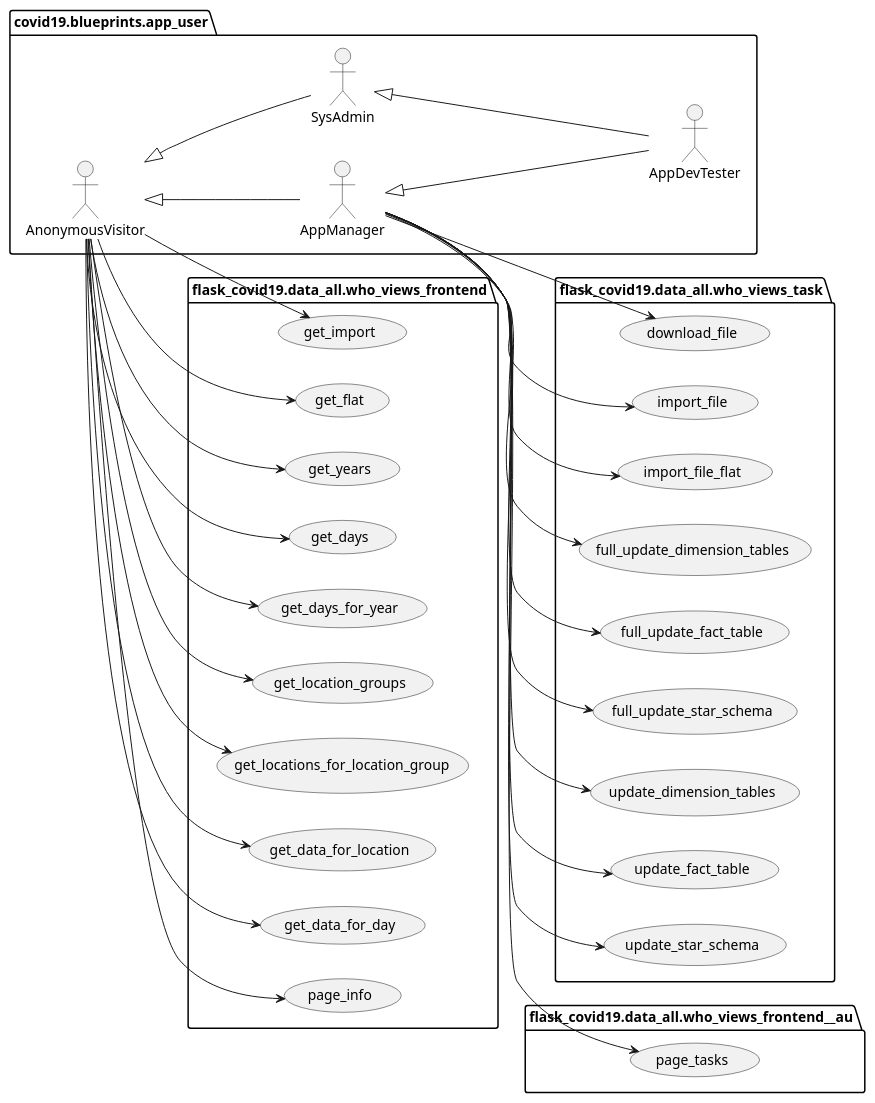
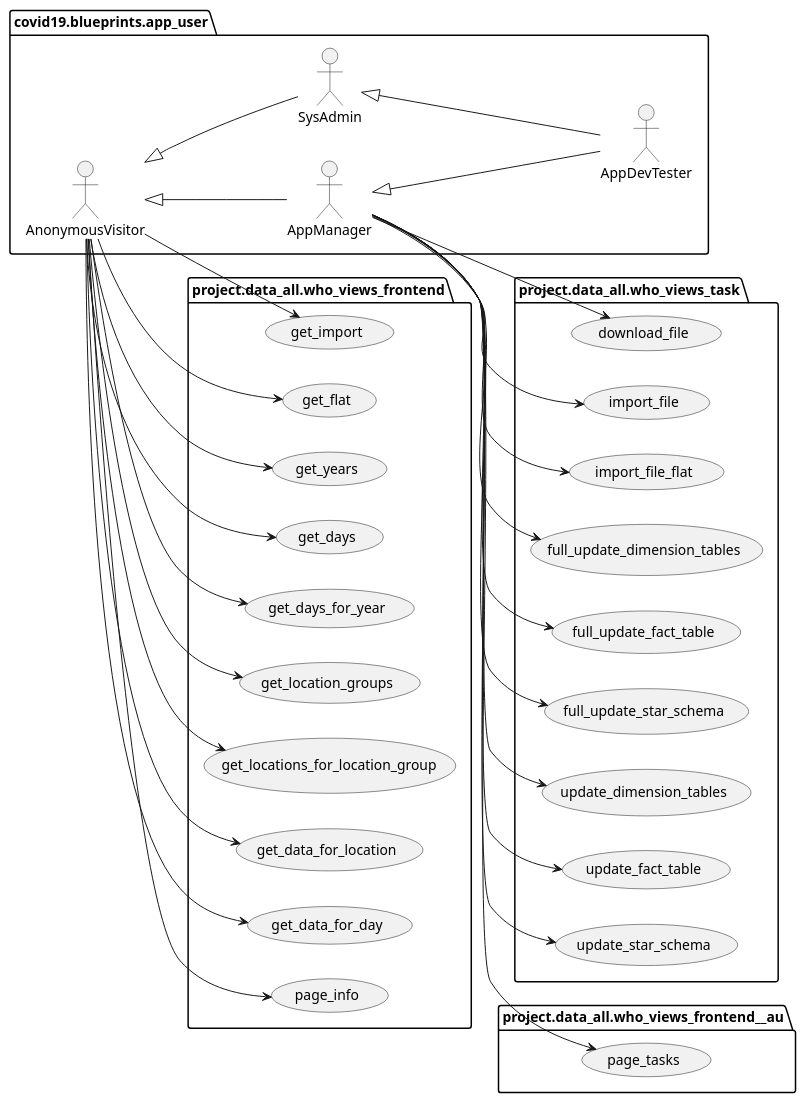
Before and after one commit to thomaswoehlke/flask_covid19: the diagram in docs/uml/data_who/who_use_cases.puml, drawn with PlantUML. The commit also changed 39 other files, not shown here.

```diff
--- a/docs/uml/data_who/who_use_cases.puml
+++ b/docs/uml/data_who/who_use_cases.puml
@@ -1,70 +1,70 @@
 @startuml
 
 left to right direction
 
 package covid19.blueprints.app_user {
 	actor AnonymousVisitor as vu
 	actor AppManager as au
 	actor SysAdmin as su
 	actor AppDevTester as du
 }
 package covid19.blueprints.app_user {
 	vu <|-- au
 	vu <|-- su
 	su <|-- du
 	au <|-- du
 }
 
-package flask_covid19.data_all.who_views_task {
+package project.data_all.who_views_task {
 	usecase download_file as UC1
 	usecase import_file as UC2
 	usecase import_file_flat as UC3
 	usecase full_update_dimension_tables as UC10
 	usecase full_update_fact_table as UC11
 	usecase full_update_star_schema as UC12
 	usecase update_dimension_tables as UC20
 	usecase update_fact_table as UC21
 	usecase update_star_schema as UC22
 }
 
 au --> UC1
 au --> UC2
 au --> UC3
 au --> UC10
 au --> UC11
 au --> UC12
 au --> UC20
 au --> UC21
 au --> UC22
 
-package flask_covid19.data_all.who_views_frontend {
+package project.data_all.who_views_frontend {
 	usecase get_import as UC30
 	usecase get_flat as UC31
 	usecase get_years as UC40
 	usecase get_days as UC41
 	usecase get_days_for_year as UC42
 	usecase get_location_groups as UC43
 	usecase get_locations_for_location_group as UC44
 	usecase get_data_for_location as UC45
 	usecase get_data_for_day as UC46
     usecase page_info as UC80
 }
 
 vu --> UC30
 vu --> UC31
 vu --> UC40
 vu --> UC41
 vu --> UC42
 vu --> UC43
 vu --> UC44
 vu --> UC45
 vu --> UC46
 vu --> UC80
 
-package flask_covid19.data_all.who_views_frontend__au {
+package project.data_all.who_views_frontend__au {
     usecase page_tasks as UC81
 }
 
 au --> UC81
 
 @enduml
```
